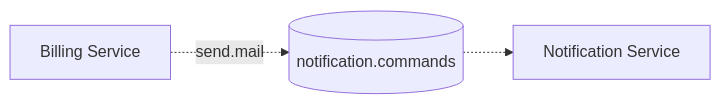
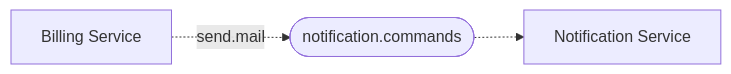
One commit to bitwarden/contributing-docs changed the diagram in docs/architecture/server/messaging/sending-commands.md. Above: the diagram before and after it, drawn with Mermaid.

Commit message:
docs: Draw command queues in the same shape as subscriptions

````diff
--- a/docs/architecture/server/messaging/sending-commands.md
+++ b/docs/architecture/server/messaging/sending-commands.md
@@ -12,8 +12,8 @@
 ```mermaid
 flowchart LR
   billing["Billing Service"]
-  q_ncmd[("notification.commands")]
+  q_ncmd(["notification.commands"])
   notif["Notification Service"]
   billing -.->|"send.mail"| q_ncmd
   q_ncmd -.-> notif
 ```
````
